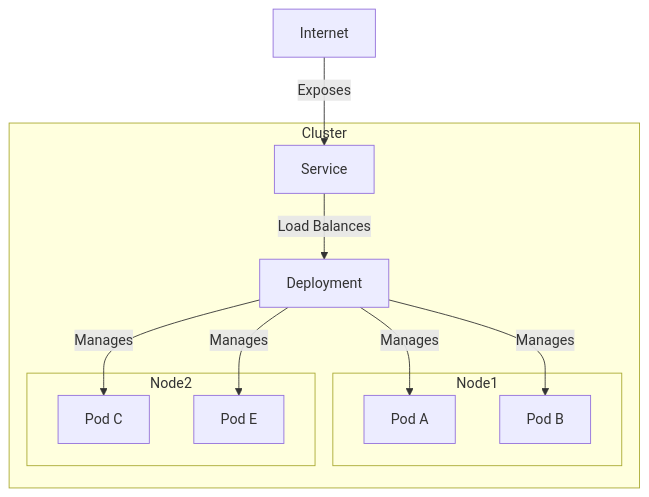
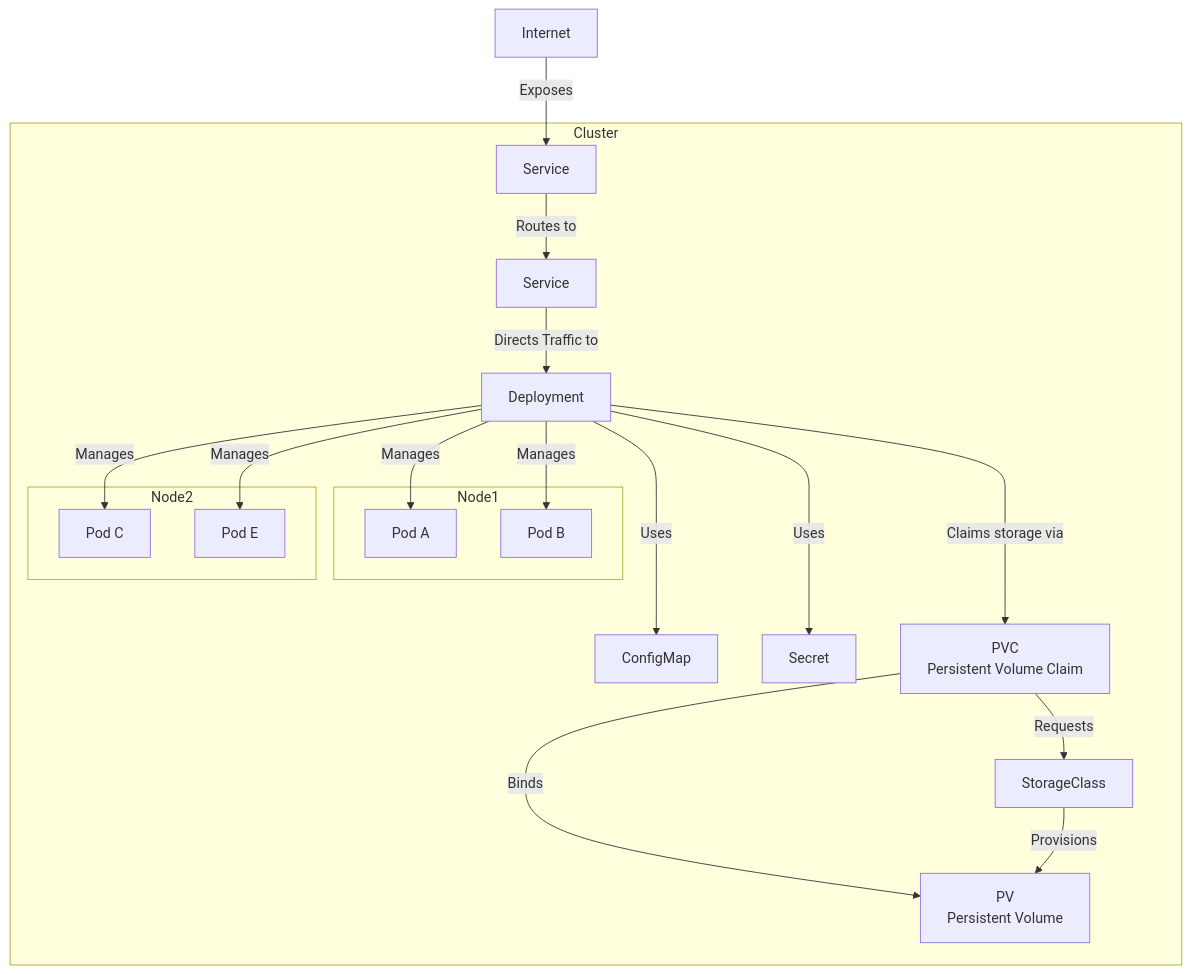
Before and after one commit to langenhagen/experiments-and-tutorials: the diagram in Mermaid/Kubernetes.md, drawn with Mermaid. The commit also changed other lines of this file, not shown here.

````diff
--- a/Mermaid/Kubernetes.md
+++ b/Mermaid/Kubernetes.md
@@ -5,24 +5,40 @@
 ```mermaid
 graph TD;
 
 subgraph Cluster
   subgraph Node1
     A[Pod A]
     B[Pod B]
   end
+
   subgraph Node2
     C[Pod C]
     E[Pod E]
   end
+
   D[Deployment]
   D -->|Manages| A
   D -->|Manages| B
   D -->|Manages| C
   D -->|Manages| E
 
   S[Service]
-  S -->|Load Balances| D
+  S -->|Directs Traffic to| D
+
+  D --->|Uses| CM[ConfigMap]
+  D --->|Uses| SEC[Secret]
+  D --->|Claims storage via| PVC[PVC\nPersistent Volume Claim]
+
+  In[Ingress]
+  In -->|Routes to| S
+
+  SC[Storage Class\n\n]
+  PVC -->|Requests| SC[StorageClass]
+
+  PV[PV\nPersistent Volume]
+  PVC -->|Binds| PV
+  SC -->|Provisions| PV
 end
 
-I[Internet] -->|Exposes| S[Service]
+I[Internet] -->|Exposes| In[Service]
 ```
````
